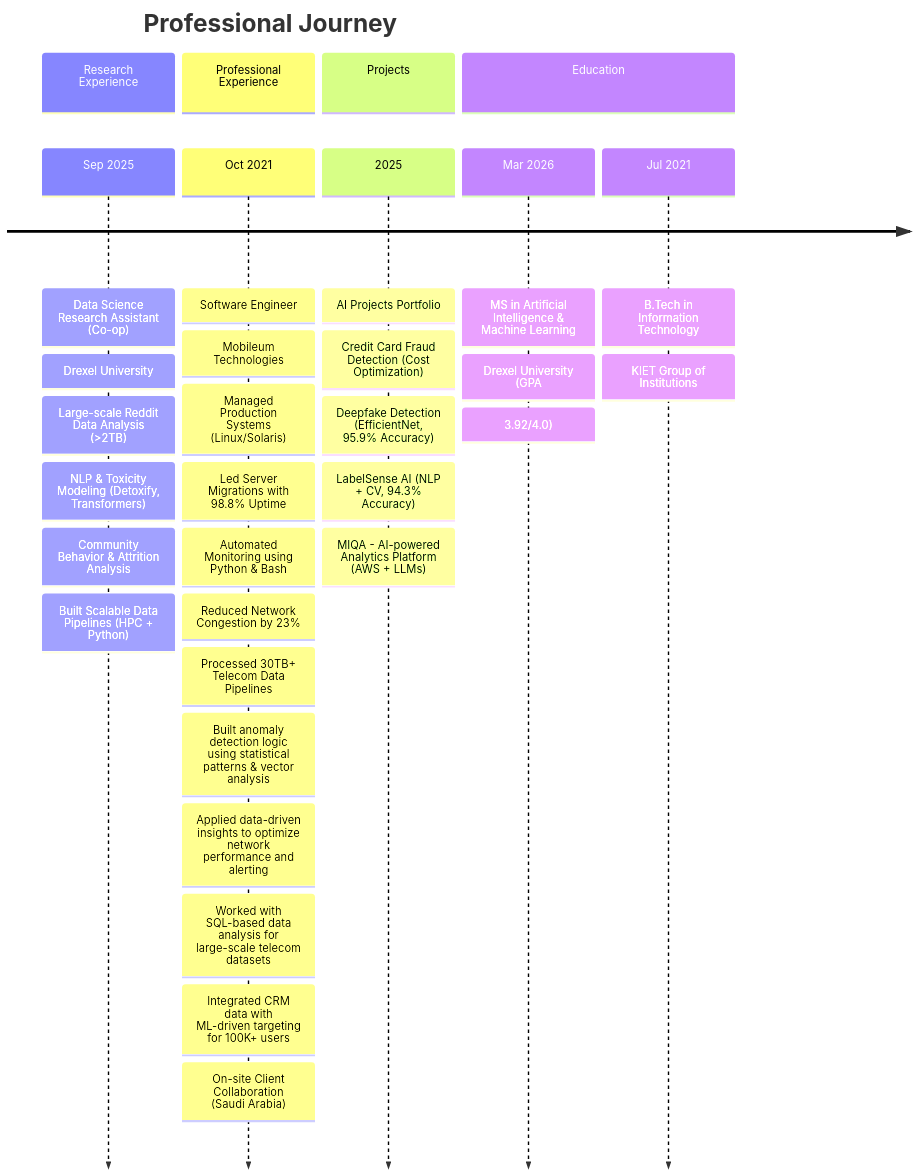
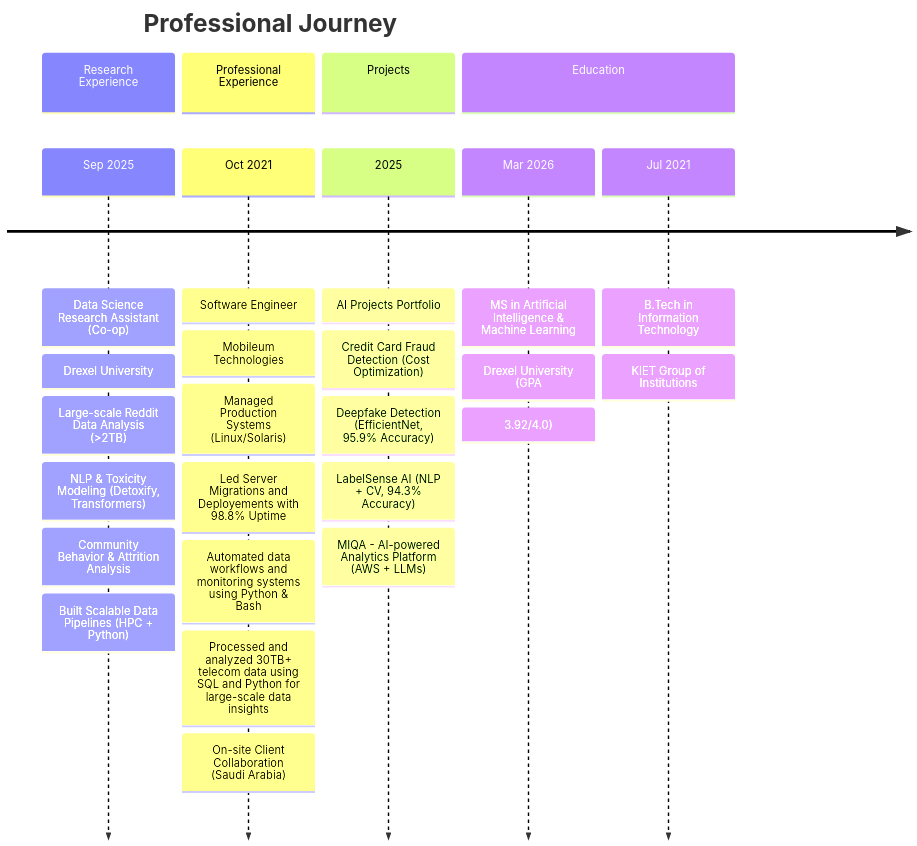
The diagram in README.md (ShobhitDixit98/ShobhitDixit98), drawn with Mermaid before and after one commit.

Commit message:
Revise professional experience details in README
Updated professional experience section to clarify achievements and technologies used.

````diff
--- a/README.md
+++ b/README.md
@@ -37,40 +37,36 @@
 ```mermaid
 timeline
     title Professional Journey
 
     section Research Experience
     Sep 2025 : Data Science Research Assistant (Co-op)
              : Drexel University
              : Large-scale Reddit Data Analysis (>2TB)
              : NLP & Toxicity Modeling (Detoxify, Transformers)
              : Community Behavior & Attrition Analysis
              : Built Scalable Data Pipelines (HPC + Python)
 
     section Professional Experience
     Oct 2021 : Software Engineer
              : Mobileum Technologies
              : Managed Production Systems (Linux/Solaris)
-             : Led Server Migrations with 98.8% Uptime
-             : Automated Monitoring using Python & Bash
-             : Reduced Network Congestion by 23%
-             : Processed 30TB+ Telecom Data Pipelines
-             : Built anomaly detection logic using statistical patterns & vector analysis
-             : Applied data-driven insights to optimize network performance and alerting
-             : Worked with SQL-based data analysis for large-scale telecom datasets
-             : Integrated CRM data with ML-driven targeting for 100K+ users
-             : On-site Client Collaboration (Saudi Arabia)
+             : Led Server Migrations and Deployements with 98.8% Uptime
+             : Automated data workflows and monitoring systems using Python & Bash
+             : Processed and analyzed 30TB+ telecom data using SQL and Python for large-scale data insights
+             : On-site Client Collaboration (Saudi Arabia) 
+
 
     section Projects
     2025 : AI Projects Portfolio
          : Credit Card Fraud Detection (Cost Optimization)
          : Deepfake Detection (EfficientNet, 95.9% Accuracy)
          : LabelSense AI (NLP + CV, 94.3% Accuracy)
          : MIQA - AI-powered Analytics Platform (AWS + LLMs)
 
     section Education
     Mar 2026 : MS in Artificial Intelligence & Machine Learning
              : Drexel University (GPA: 3.92/4.0)
 
     Jul 2021 : B.Tech in Information Technology
              : KIET Group of Institutions
 ```
````
